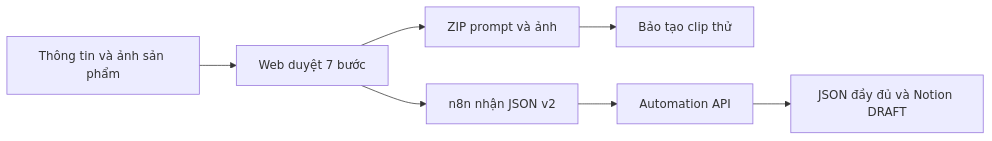
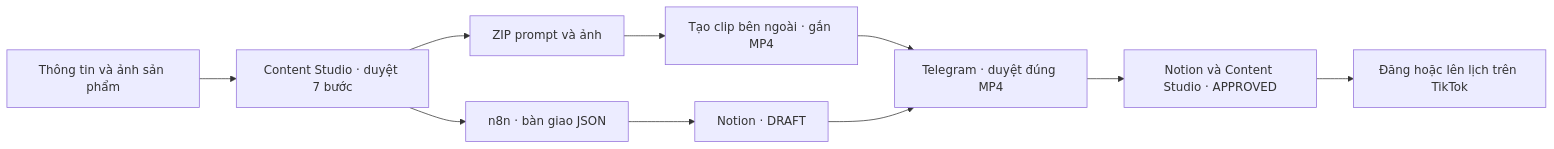
The diagram in README.md (QuanPhan78/AI-Tiktok), drawn with Mermaid before and after one commit. The commit also changed other lines of this file and 33 other files, not shown here.

Commit message:
feat: release Content Studio v2 video review and user guide

````diff
--- a/README.md
+++ b/README.md
@@ -7,9 +7,12 @@
 ```mermaid
 flowchart LR
-    P[Thông tin và ảnh sản phẩm] --> W[Web duyệt 7 bước]
-    W --> Z[ZIP prompt và ảnh]
-    Z --> B[Bảo tạo clip thử]
-    W --> N[n8n nhận JSON v2]
-    N --> A[Automation API]
-    A --> S[JSON đầy đủ và Notion DRAFT]
+    I["Thông tin và ảnh sản phẩm"] --> C["Content Studio · duyệt 7 bước"]
+    C --> Z["ZIP prompt và ảnh"]
+    Z --> M["Tạo clip bên ngoài · gắn MP4"]
+    C --> N["n8n · bàn giao JSON"]
+    N --> D["Notion · DRAFT"]
+    M --> T["Telegram · duyệt đúng MP4"]
+    D --> T
+    T --> A["Notion và Content Studio · APPROVED"]
+    A --> P["Đăng hoặc lên lịch trên TikTok"]
 ```
````
